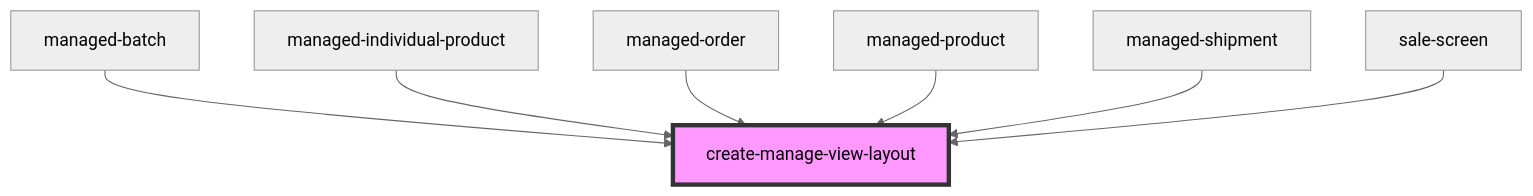
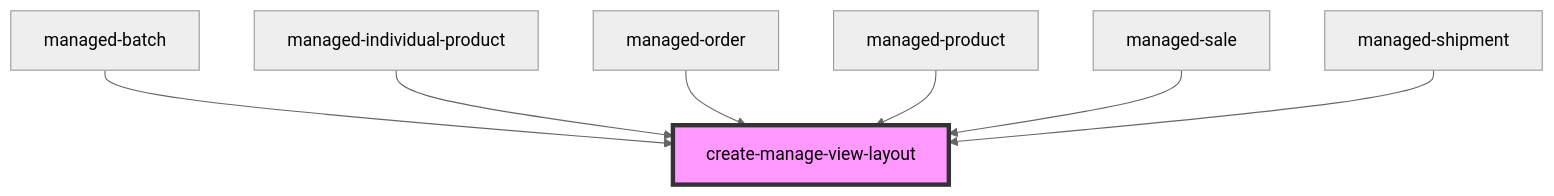
One commit to PharmaLedger-IMI/fgt-workspace changed the diagram in pdm-web-components/src/components/create-manage-view-layout/readme.md. Above: the diagram before and after it, drawn with Mermaid (neutral theme). The commit also changed other lines of this file and 48 other files, not shown here.

Commit message:
refs #14 - sale screen functional along with listing

````diff
--- a/pdm-web-components/src/components/create-manage-view-layout/readme.md
+++ b/pdm-web-components/src/components/create-manage-view-layout/readme.md
@@ -65,10 +65,10 @@
 ```mermaid
 graph TD;
   managed-batch --> create-manage-view-layout
   managed-individual-product --> create-manage-view-layout
   managed-order --> create-manage-view-layout
   managed-product --> create-manage-view-layout
+  managed-sale --> create-manage-view-layout
   managed-shipment --> create-manage-view-layout
-  sale-screen --> create-manage-view-layout
   style create-manage-view-layout fill:#f9f,stroke:#333,stroke-width:4px
 ```
````
